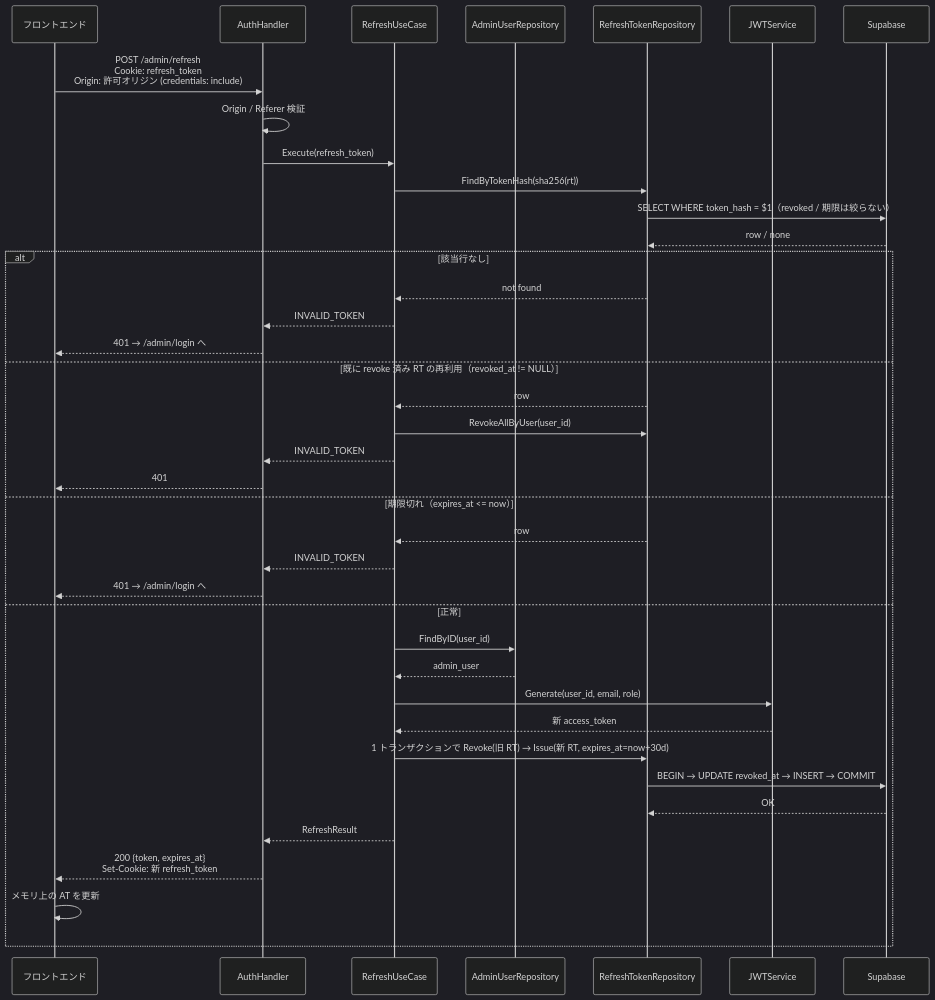
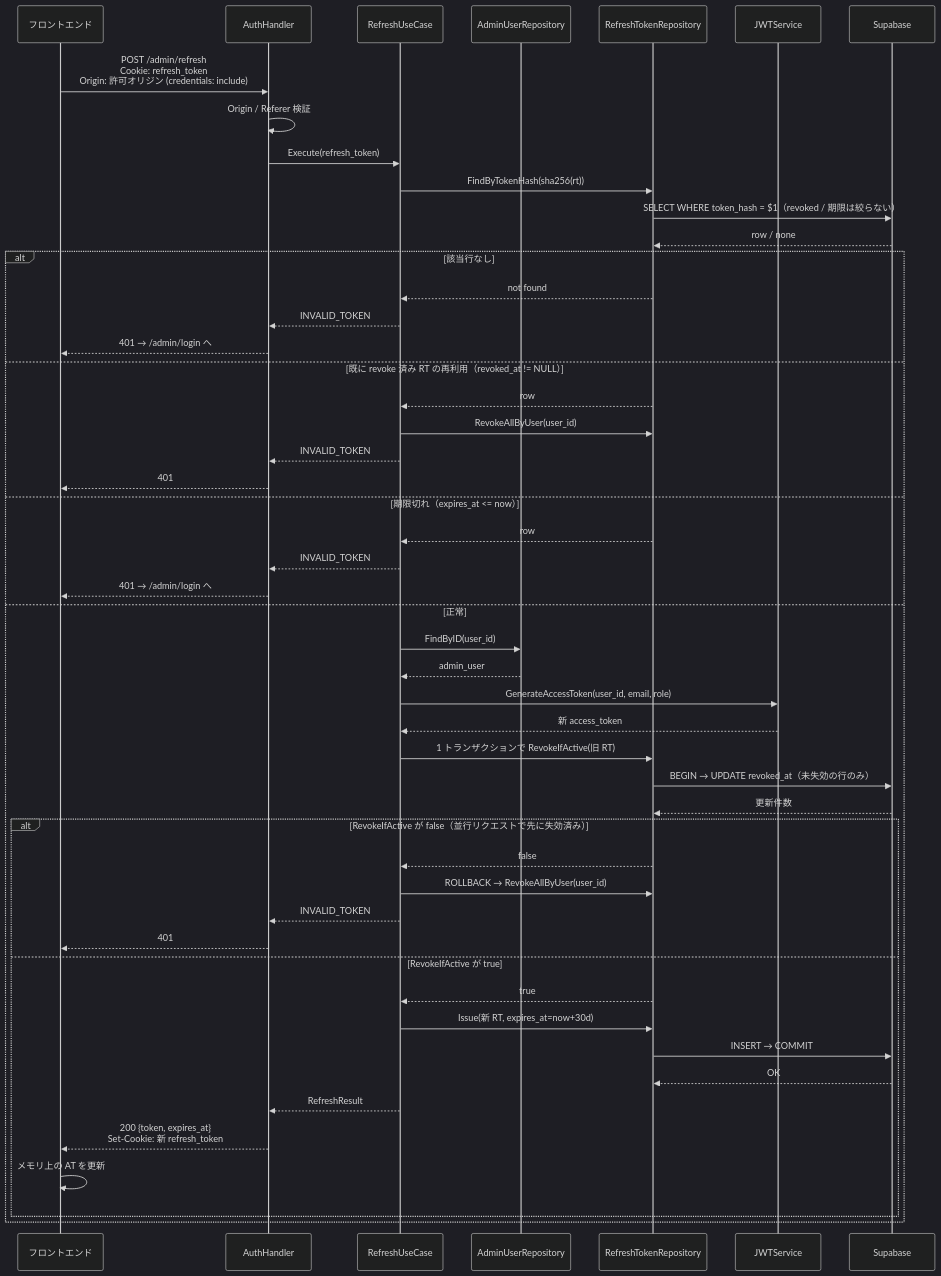
One commit to cergijame101007/satehits changed the fifth of 15 diagrams in docs/sequence.md. Above: the diagram before and after it, drawn with Mermaid (dark theme). The commit also changed other lines of this file and 5 other files, not shown here.

````diff
--- a/docs/sequence.md
+++ b/docs/sequence.md
@@ -176,45 +208,56 @@
 ```mermaid
 sequenceDiagram
     participant Frontend as フロントエンド
     participant Handler as AuthHandler
     participant UseCase as RefreshUseCase
     participant AdminRepo as AdminUserRepository
     participant RefreshRepo as RefreshTokenRepository
     participant JWT as JWTService
     participant DB as Supabase
 
     Frontend->>Handler: POST /admin/refresh<br/>Cookie: refresh_token<br/>Origin: 許可オリジン (credentials: include)
     
     Handler->>Handler: Origin / Referer 検証
     Handler->>UseCase: Execute(refresh_token)
     
     UseCase->>RefreshRepo: FindByTokenHash(sha256(rt))
     RefreshRepo->>DB: SELECT WHERE token_hash = $1（revoked / 期限は絞らない）
     DB-->>RefreshRepo: row / none
     
     alt 該当行なし
         RefreshRepo-->>UseCase: not found
         UseCase-->>Handler: INVALID_TOKEN
         Handler-->>Frontend: 401 → /admin/login へ
     else 既に revoke 済み RT の再利用（revoked_at != NULL）
         RefreshRepo-->>UseCase: row
         UseCase->>RefreshRepo: RevokeAllByUser(user_id)
         UseCase-->>Handler: INVALID_TOKEN
         Handler-->>Frontend: 401
     else 期限切れ（expires_at <= now）
         RefreshRepo-->>UseCase: row
         UseCase-->>Handler: INVALID_TOKEN
         Handler-->>Frontend: 401 → /admin/login へ
     else 正常
         UseCase->>AdminRepo: FindByID(user_id)
         AdminRepo-->>UseCase: admin_user
-        UseCase->>JWT: Generate(user_id, email, role)
+        UseCase->>JWT: GenerateAccessToken(user_id, email, role)
         JWT-->>UseCase: 新 access_token
-        UseCase->>RefreshRepo: 1 トランザクションで Revoke(旧 RT) → Issue(新 RT, expires_at=now+30d)
-        RefreshRepo->>DB: BEGIN → UPDATE revoked_at → INSERT → COMMIT
-        DB-->>RefreshRepo: OK
-        UseCase-->>Handler: RefreshResult
-        Handler-->>Frontend: 200 {token, expires_at}<br/>Set-Cookie: 新 refresh_token
-        Frontend->>Frontend: メモリ上の AT を更新
+        UseCase->>RefreshRepo: 1 トランザクションで RevokeIfActive(旧 RT)
+        RefreshRepo->>DB: BEGIN → UPDATE revoked_at（未失効の行のみ）
+        DB-->>RefreshRepo: 更新件数
+        alt RevokeIfActive が false（並行リクエストで先に失効済み）
+            RefreshRepo-->>UseCase: false
+            UseCase->>RefreshRepo: ROLLBACK → RevokeAllByUser(user_id)
+            UseCase-->>Handler: INVALID_TOKEN
+            Handler-->>Frontend: 401
+        else RevokeIfActive が true
+            RefreshRepo-->>UseCase: true
+            UseCase->>RefreshRepo: Issue(新 RT, expires_at=now+30d)
+            RefreshRepo->>DB: INSERT → COMMIT
+            DB-->>RefreshRepo: OK
+            UseCase-->>Handler: RefreshResult
+            Handler-->>Frontend: 200 {token, expires_at}<br/>Set-Cookie: 新 refresh_token
+            Frontend->>Frontend: メモリ上の AT を更新
+        end
     end
 ```
````
